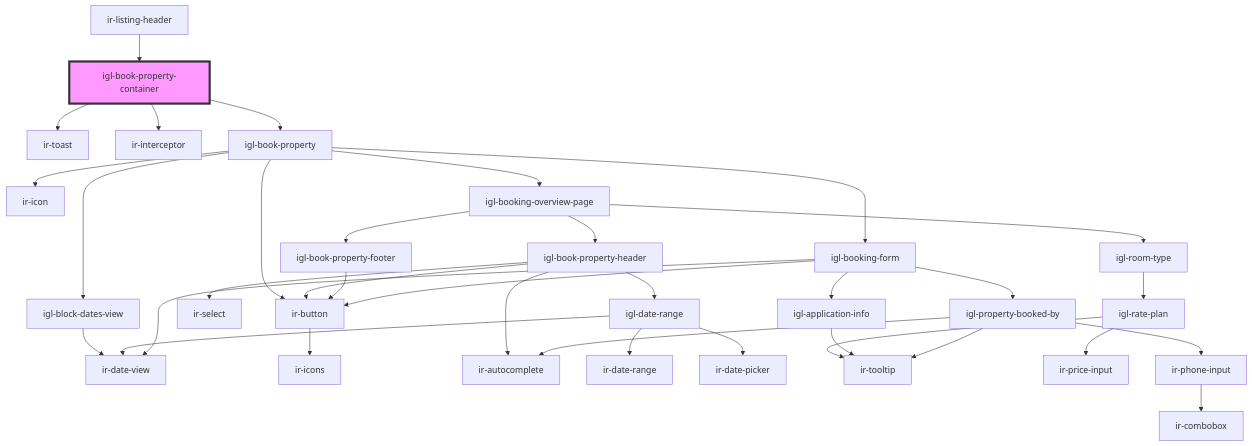
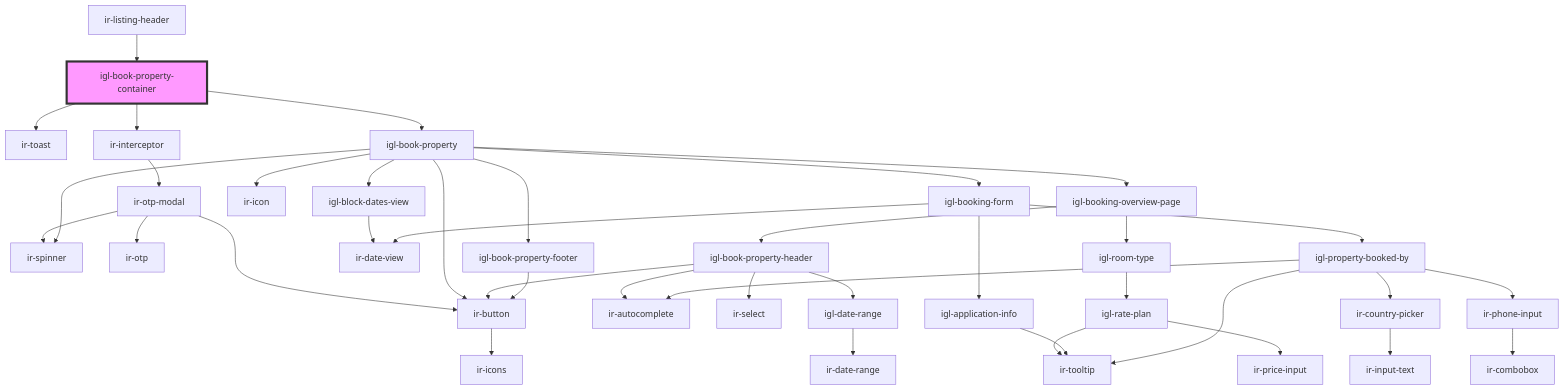
Before and after one commit to RonyRizk/ir-webcmp: the diagram in src/components/igl-book-property-container/readme.md, drawn with Mermaid. The commit also changed 293 other files, not shown here.

````diff
--- a/src/components/igl-book-property-container/readme.md
+++ b/src/components/igl-book-property-container/readme.md
@@ -41,38 +41,42 @@
 ```mermaid
 graph TD;
   igl-book-property-container --> ir-toast
   igl-book-property-container --> ir-interceptor
   igl-book-property-container --> igl-book-property
+  ir-interceptor --> ir-otp-modal
+  ir-otp-modal --> ir-spinner
+  ir-otp-modal --> ir-otp
+  ir-otp-modal --> ir-button
+  ir-button --> ir-icons
   igl-book-property --> igl-block-dates-view
-  igl-book-property --> ir-button
+  igl-book-property --> ir-spinner
   igl-book-property --> ir-icon
   igl-book-property --> igl-booking-overview-page
   igl-book-property --> igl-booking-form
+  igl-book-property --> ir-button
+  igl-book-property --> igl-book-property-footer
   igl-block-dates-view --> ir-date-view
-  ir-button --> ir-icons
   igl-booking-overview-page --> igl-book-property-header
   igl-booking-overview-page --> igl-room-type
-  igl-booking-overview-page --> igl-book-property-footer
   igl-book-property-header --> ir-autocomplete
   igl-book-property-header --> ir-select
   igl-book-property-header --> ir-button
   igl-book-property-header --> igl-date-range
   igl-date-range --> ir-date-range
-  igl-date-range --> ir-date-picker
-  igl-date-range --> ir-date-view
   igl-room-type --> igl-rate-plan
   igl-rate-plan --> ir-tooltip
   igl-rate-plan --> ir-price-input
-  igl-book-property-footer --> ir-button
   igl-booking-form --> ir-date-view
   igl-booking-form --> igl-application-info
   igl-booking-form --> igl-property-booked-by
-  igl-booking-form --> ir-button
   igl-application-info --> ir-tooltip
   igl-property-booked-by --> ir-autocomplete
   igl-property-booked-by --> ir-tooltip
+  igl-property-booked-by --> ir-country-picker
   igl-property-booked-by --> ir-phone-input
+  ir-country-picker --> ir-input-text
   ir-phone-input --> ir-combobox
+  igl-book-property-footer --> ir-button
   ir-listing-header --> igl-book-property-container
   style igl-book-property-container fill:#f9f,stroke:#333,stroke-width:4px
 ```
````
